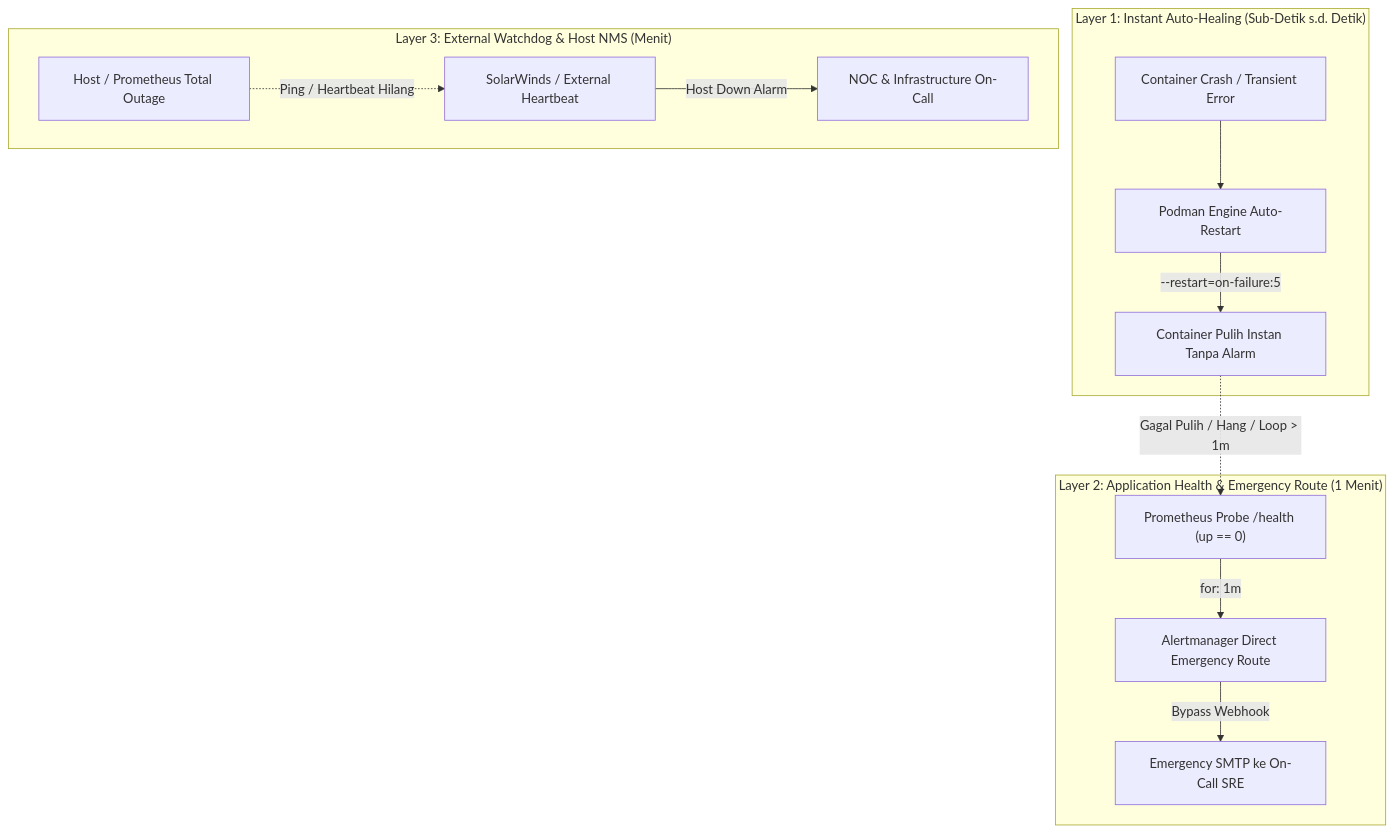
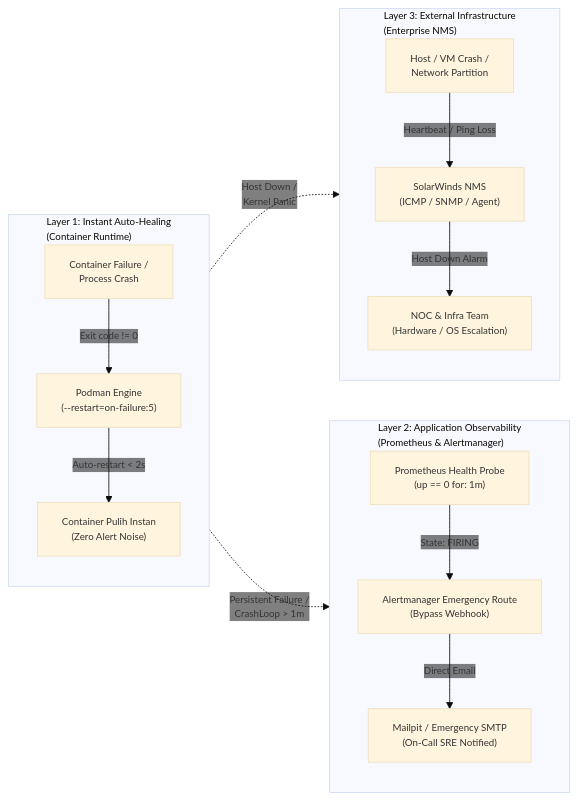
The diagram in docs/projects/tomcat-monitoring/engineering-journal/monitoring-platform-integration/TN-002-implement-container-auto-healing-and-crashloop-resilience-policy.md (edkas07-oss/devops-handbook), drawn with Mermaid before and after one commit. The commit also changed 1 other file, not shown here.

Commit message:
style(mermaid): redesign 3-layer resilience diagram to clean horizontal multi-column layout

````diff
--- a/docs/projects/tomcat-monitoring/engineering-journal/monitoring-platform-integration/TN-002-implement-container-auto-healing-and-crashloop-resilience-policy.md
+++ b/docs/projects/tomcat-monitoring/engineering-journal/monitoring-platform-integration/TN-002-implement-container-auto-healing-and-crashloop-resilience-policy.md
@@ -44,18 +44,46 @@
 ```mermaid
-flowchart TD
-    subgraph Layer1["Layer 1: Instant Auto-Healing (Sub-Detik s.d. Detik)"]
-        Crash["Container Crash / Transient Error"] --> Podman["Podman Engine Auto-Restart"]
-        Podman -->|"--restart=on-failure:5"| Healed["Container Pulih Instan Tanpa Alarm"]
+%%{init: {
+  'theme': 'base',
+  'themeVariables': {
+    'edgeLabelBackground': 'transparent',
+    'fontSize': '12px'
+  }
+}}%%
+flowchart LR
+    %% Layer 1: Instant Auto-Healing
+    subgraph L1["Layer 1: Instant Auto-Healing<br/>(Container Runtime)"]
+        direction TB
+        Crash["Container Failure /<br/>Process Crash"]
+        Podman["Podman Engine<br/>(--restart=on-failure:5)"]
+        Healed["Container Pulih Instan<br/>(Zero Alert Noise)"]
+
+        Crash -->|"Exit code != 0"| Podman
+        Podman -->|"Auto-restart < 2s"| Healed
     end
 
-    subgraph Layer2["Layer 2: Application Health & Emergency Route (1 Menit)"]
-        Healed -.->|"Gagal Pulih / Hang / Loop > 1m"| Prom["Prometheus Probe /health (up == 0)"]
-        Prom -->|"for: 1m"| AM["Alertmanager Direct Emergency Route"]
-        AM -->|"Bypass Webhook"| Email["Emergency SMTP ke On-Call SRE"]
+    %% Layer 2: Logical & Persistent Failure
+    subgraph L2["Layer 2: Application Observability<br/>(Prometheus & Alertmanager)"]
+        direction TB
+        Probe["Prometheus Health Probe<br/>(up == 0 for: 1m)"]
+        AM["Alertmanager Emergency Route<br/>(Bypass Webhook)"]
+        SRE["Mailpit / Emergency SMTP<br/>(On-Call SRE Notified)"]
+
+        Probe -->|"State: FIRING"| AM
+        AM -->|"Direct Email"| SRE
     end
 
-    subgraph Layer3["Layer 3: External Watchdog & Host NMS (Menit)"]
-        HostCrash["Host / Prometheus Total Outage"] -.->|"Ping / Heartbeat Hilang"| SolarWinds["SolarWinds / External Heartbeat"]
-        SolarWinds -->|"Host Down Alarm"| NOC["NOC & Infrastructure On-Call"]
+    %% Layer 3: External Infrastructure
+    subgraph L3["Layer 3: External Infrastructure<br/>(Enterprise NMS)"]
+        direction TB
+        HostOutage["Host / VM Crash /<br/>Network Partition"]
+        SolarWinds["SolarWinds NMS<br/>(ICMP / SNMP / Agent)"]
+        NOC["NOC & Infra Team<br/>(Hardware / OS Escalation)"]
+
+        HostOutage -->|"Heartbeat / Ping Loss"| SolarWinds
+        SolarWinds -->|"Host Down Alarm"| NOC
     end
+
+    %% Cross-layer escalation flows
+    Crash -.->|"Persistent Failure /<br/>CrashLoop > 1m"| Probe
+    Healed -.->|"Host Down /<br/>Kernel Panic"| HostOutage
 ```
````
